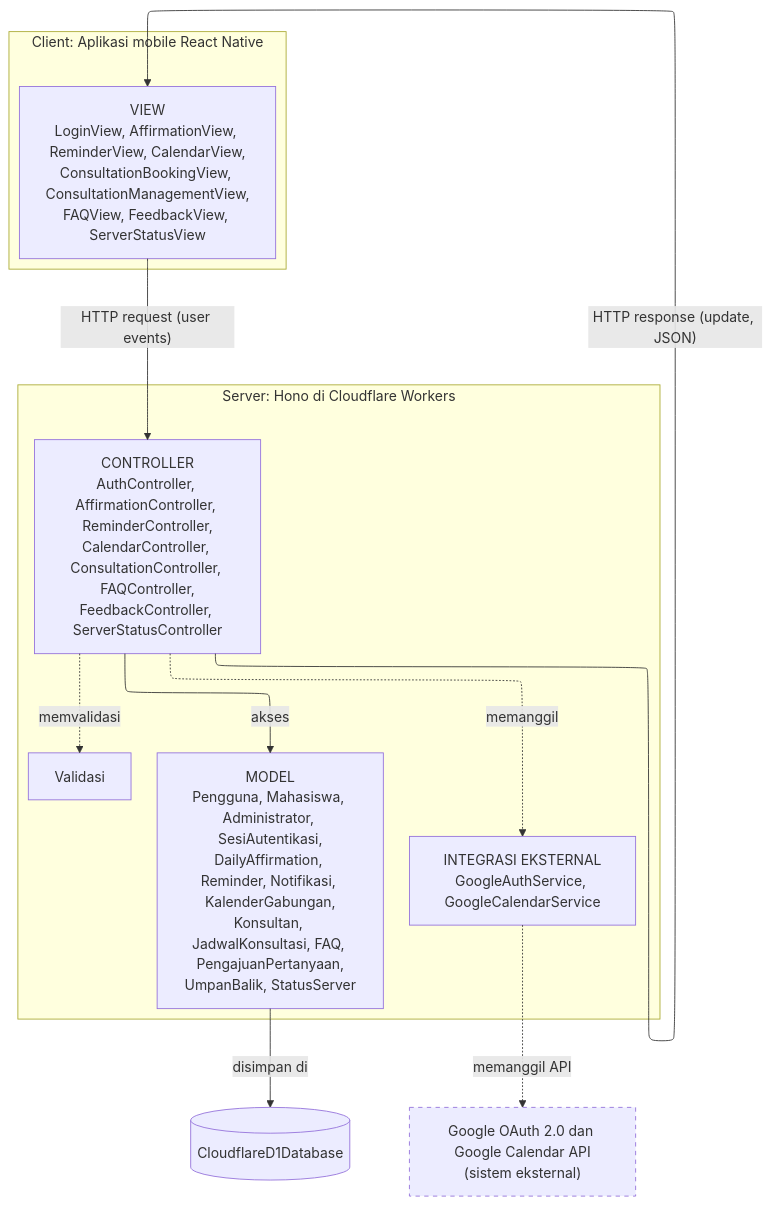
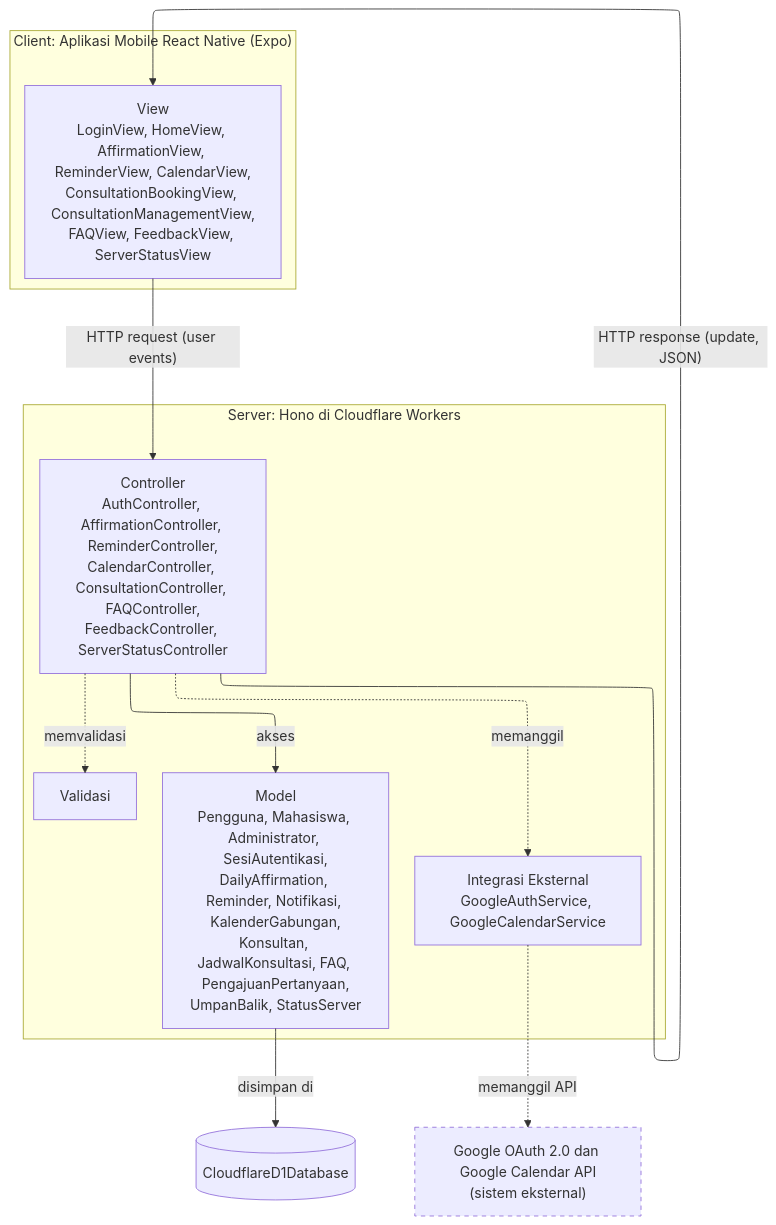
Before and after one commit to sbxte/IF2150-RPL-K01-G04: the first of 41 diagrams in docs/megadoc.md, drawn with Mermaid. The commit also changed other lines of this file, not shown here.

````diff
--- a/docs/megadoc.md
+++ b/docs/megadoc.md
@@ -941,30 +975,30 @@
 ```mermaid
 ---
 config:
   layout: elk
 ---
 flowchart TB
-    subgraph CLIENT["Client: Aplikasi mobile React Native"]
-        VIEW["VIEW<br/>LoginView, AffirmationView, ReminderView, CalendarView,<br/>ConsultationBookingView, ConsultationManagementView,<br/>FAQView, FeedbackView, ServerStatusView"]
+    subgraph CLIENT["Client: Aplikasi Mobile React Native (Expo)"]
+        V["View<br/>LoginView, HomeView, AffirmationView, ReminderView, CalendarView,<br/>ConsultationBookingView, ConsultationManagementView,<br/>FAQView, FeedbackView, ServerStatusView"]
     end
 
     subgraph SERVER["Server: Hono di Cloudflare Workers"]
-        CTRL["CONTROLLER<br/>AuthController, AffirmationController, ReminderController,<br/>CalendarController, ConsultationController, FAQController,<br/>FeedbackController, ServerStatusController"]
+        C["Controller<br/>AuthController, AffirmationController, ReminderController,<br/>CalendarController, ConsultationController, FAQController,<br/>FeedbackController, ServerStatusController"]
         VAL["Validasi"]
-        MODEL["MODEL<br/>Pengguna, Mahasiswa, Administrator, SesiAutentikasi,<br/>DailyAffirmation, Reminder, Notifikasi, KalenderGabungan,<br/>Konsultan, JadwalKonsultasi, FAQ, PengajuanPertanyaan,<br/>UmpanBalik, StatusServer"]
-        INT["INTEGRASI EKSTERNAL<br/>GoogleAuthService, GoogleCalendarService"]
+        M["Model<br/>Pengguna, Mahasiswa, Administrator, SesiAutentikasi,<br/>DailyAffirmation, Reminder, Notifikasi, KalenderGabungan,<br/>Konsultan, JadwalKonsultasi, FAQ, PengajuanPertanyaan,<br/>UmpanBalik, StatusServer"]
+        INT["Integrasi Eksternal<br/>GoogleAuthService, GoogleCalendarService"]
     end
 
     DB[("CloudflareD1Database")]
     GOOGLE["Google OAuth 2.0 dan Google Calendar API<br/>(sistem eksternal)"]
 
-    VIEW -->|"HTTP request (user events)"| CTRL
-    CTRL -->|"HTTP response (update, JSON)"| VIEW
-    CTRL -.->|"memvalidasi"| VAL
-    CTRL -->|"akses"| MODEL
-    CTRL -.->|"memanggil"| INT
-    MODEL -->|"disimpan di"| DB
+    V -->|"HTTP request (user events)"| C
+    C -->|"HTTP response (update, JSON)"| V
+    C -.->|"memvalidasi"| VAL
+    C -->|"akses"| M
+    C -.->|"memanggil"| INT
+    M -->|"disimpan di"| DB
     INT -.->|"memanggil API"| GOOGLE
 
     style GOOGLE stroke-dasharray: 5 5
 ```
````
